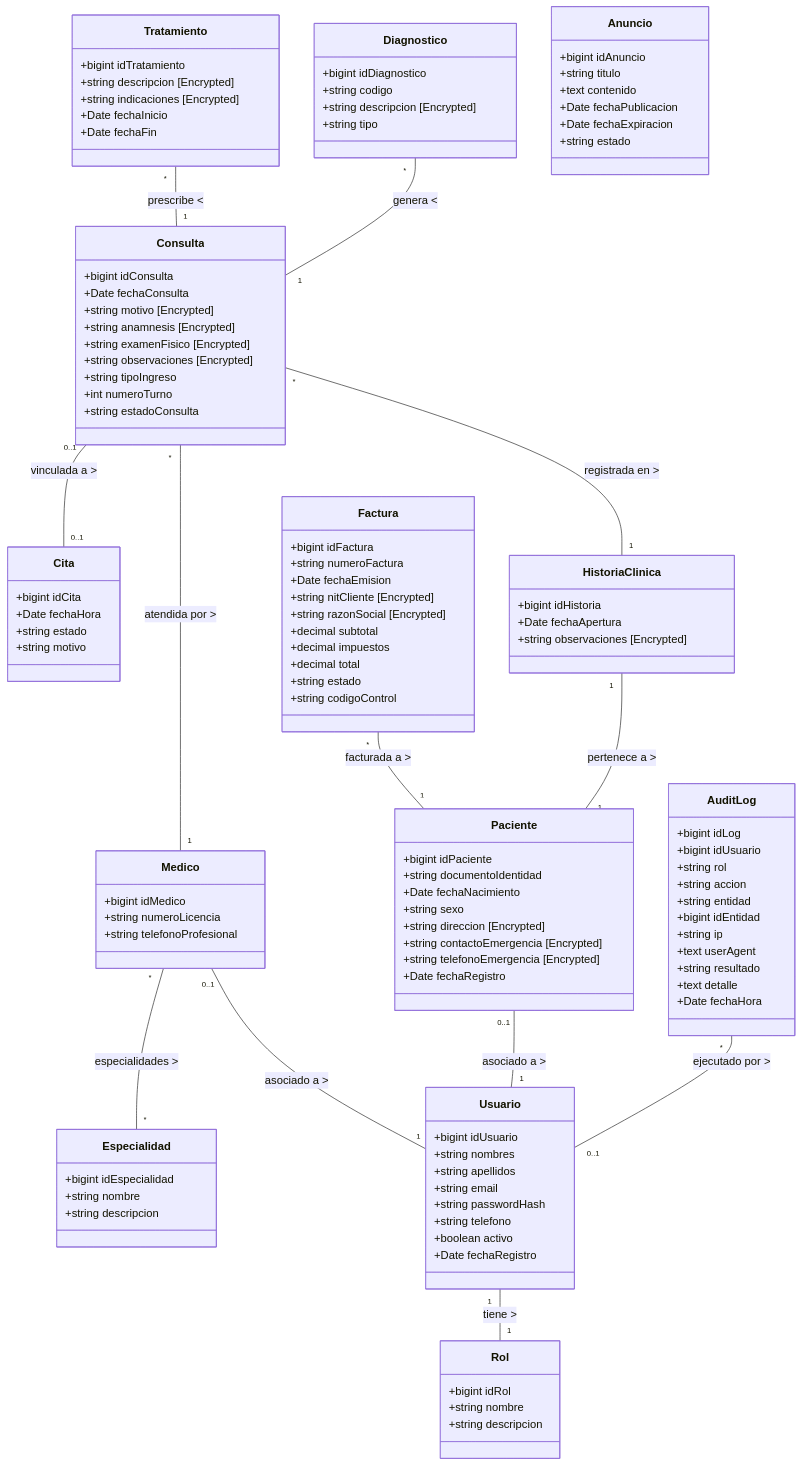
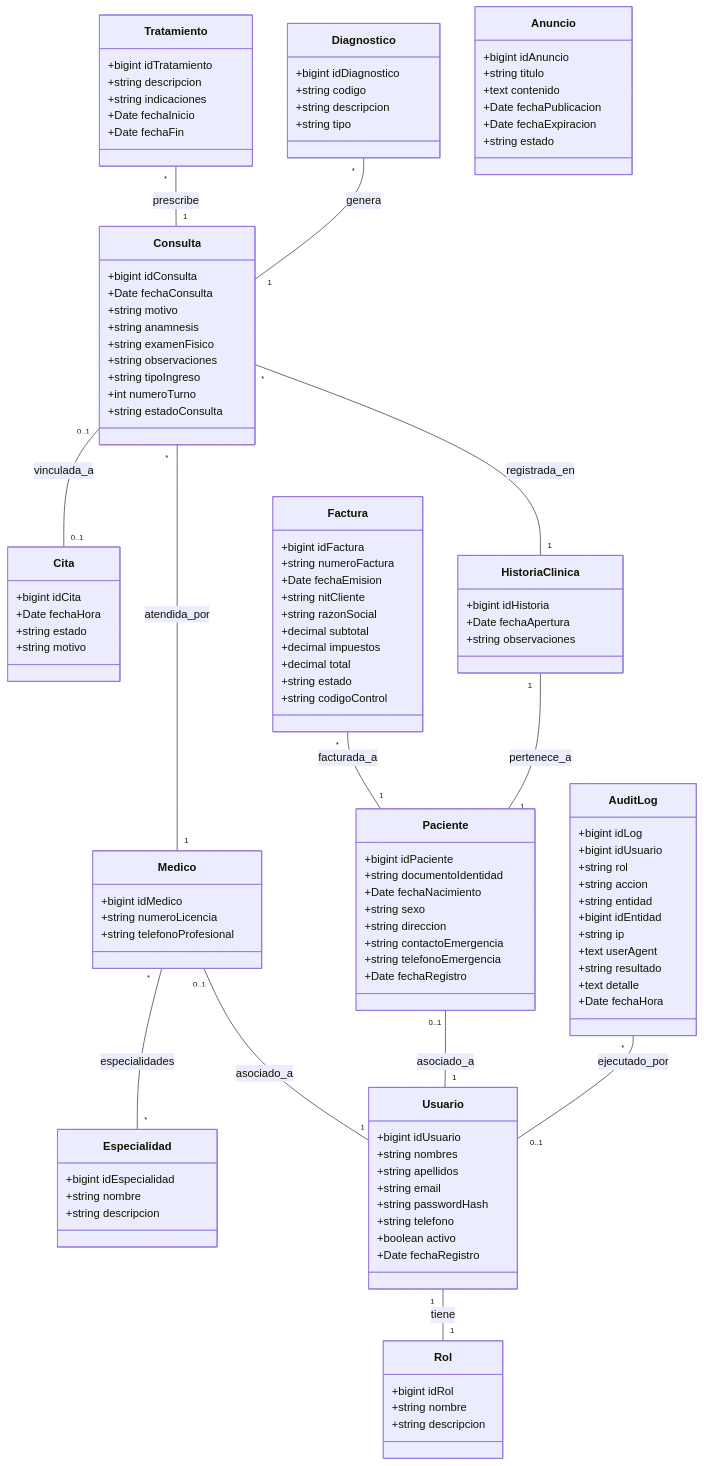
Before and after one commit to royalarcon-source/Medicalsys: the second of 3 diagrams in docs/Sprints/5/Andres/diagramas_arquitectura.md, drawn with Mermaid. The commit also changed other lines of this file and 1 other file, not shown here.

Commit message:
diagramas

````diff
--- a/docs/Sprints/5/Andres/diagramas_arquitectura.md
+++ b/docs/Sprints/5/Andres/diagramas_arquitectura.md
@@ -118,9 +116,9 @@
         +string documentoIdentidad
         +Date fechaNacimiento
         +string sexo
-        +string direccion [Encrypted]
-        +string contactoEmergencia [Encrypted]
-        +string telefonoEmergencia [Encrypted]
+        +string direccion
+        +string contactoEmergencia
+        +string telefonoEmergencia
         +Date fechaRegistro
     }
 
@@ -139,16 +137,16 @@
     class HistoriaClinica {
         +bigint idHistoria
         +Date fechaApertura
-        +string observaciones [Encrypted]
+        +string observaciones
     }
 
     class Consulta {
         +bigint idConsulta
         +Date fechaConsulta
-        +string motivo [Encrypted]
-        +string anamnesis [Encrypted]
-        +string examenFisico [Encrypted]
-        +string observaciones [Encrypted]
+        +string motivo
+        +string anamnesis
+        +string examenFisico
+        +string observaciones
         +string tipoIngreso
         +int numeroTurno
         +string estadoConsulta
@@ -157,14 +155,14 @@
     class Diagnostico {
         +bigint idDiagnostico
         +string codigo
-        +string descripcion [Encrypted]
+        +string descripcion
         +string tipo
     }
 
     class Tratamiento {
         +bigint idTratamiento
-        +string descripcion [Encrypted]
-        +string indicaciones [Encrypted]
+        +string descripcion
+        +string indicaciones
         +Date fechaInicio
         +Date fechaFin
     }
@@ -180,8 +178,8 @@
         +bigint idFactura
         +string numeroFactura
         +Date fechaEmision
-        +string nitCliente [Encrypted]
-        +string razonSocial [Encrypted]
+        +string nitCliente
+        +string razonSocial
         +decimal subtotal
         +decimal impuestos
         +decimal total
@@ -212,16 +210,16 @@
         +string estado
     }
 
-    Usuario "1" -- "1" Rol : tiene >
-    Paciente "0..1" -- "1" Usuario : asociado a >
-    Medico "0..1" -- "1" Usuario : asociado a >
-    Medico "*" -- "*" Especialidad : especialidades >
-    HistoriaClinica "1" -- "1" Paciente : pertenece a >
-    Consulta "*" -- "1" HistoriaClinica : registrada en >
-    Consulta "*" -- "1" Medico : atendida por >
-    Consulta "0..1" -- "0..1" Cita : vinculada a >
-    Diagnostico "*" -- "1" Consulta : genera <
-    Tratamiento "*" -- "1" Consulta : prescribe <
-    Factura "*" -- "1" Paciente : facturada a >
-    AuditLog "*" -- "0..1" Usuario : ejecutado por >
+    Usuario "1" -- "1" Rol : tiene
+    Paciente "0..1" -- "1" Usuario : asociado_a
+    Medico "0..1" -- "1" Usuario : asociado_a
+    Medico "*" -- "*" Especialidad : especialidades
+    HistoriaClinica "1" -- "1" Paciente : pertenece_a
+    Consulta "*" -- "1" HistoriaClinica : registrada_en
+    Consulta "*" -- "1" Medico : atendida_por
+    Consulta "0..1" -- "0..1" Cita : vinculada_a
+    Diagnostico "*" -- "1" Consulta : genera
+    Tratamiento "*" -- "1" Consulta : prescribe
+    Factura "*" -- "1" Paciente : facturada_a
+    AuditLog "*" -- "0..1" Usuario : ejecutado_por
 ```
````
